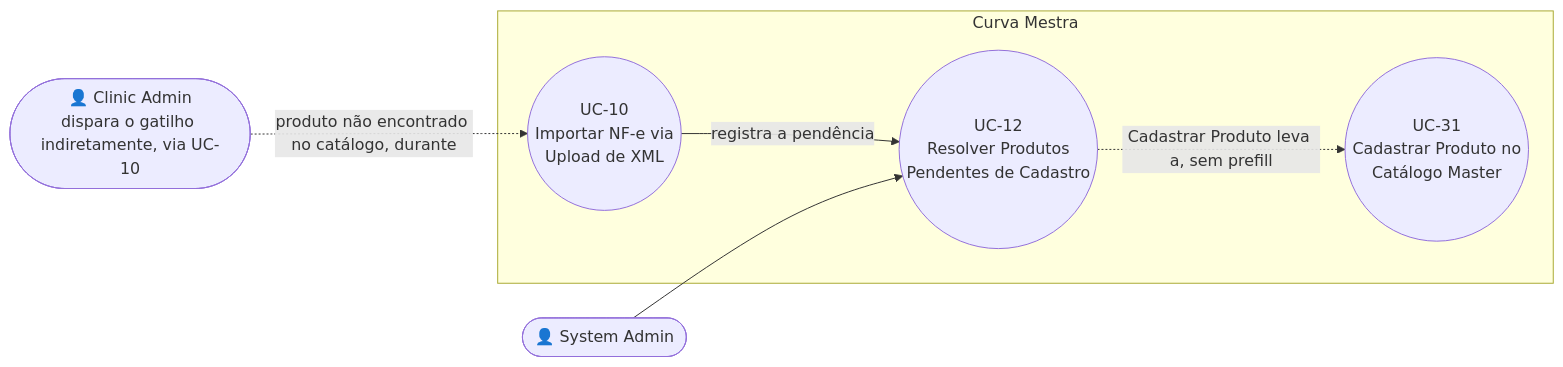
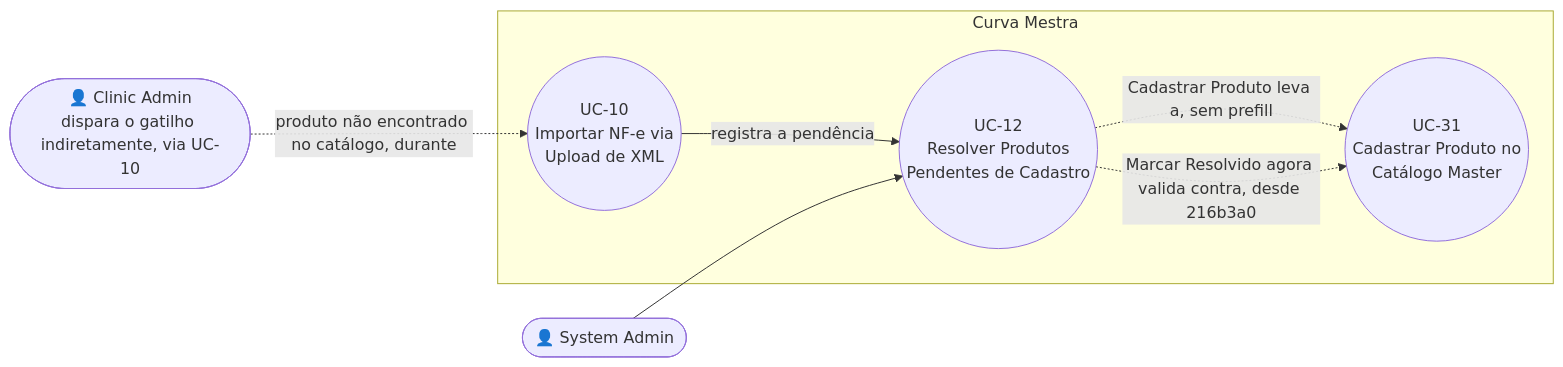
One commit to GScandelari/curva_mestra_system changed the diagram in ONLY_FOR_DEVS/PO_BA_Docs/UC-12-resolver-produtos-pendentes-de-cadastro.md. Above: the diagram before and after it, drawn with Mermaid. The commit also changed other lines of this file and 7 other files, not shown here.

````diff
--- a/ONLY_FOR_DEVS/PO_BA_Docs/UC-12-resolver-produtos-pendentes-de-cadastro.md
+++ b/ONLY_FOR_DEVS/PO_BA_Docs/UC-12-resolver-produtos-pendentes-de-cadastro.md
@@ -16,16 +16,17 @@
 ```mermaid
 flowchart LR
     SystemAdmin([👤 System Admin])
     ClinicAdmin([👤 Clinic Admin\ndispara o gatilho indiretamente, via UC-10])
 
     subgraph Sistema["Curva Mestra"]
         UC10(("UC-10\nImportar NF-e via\nUpload de XML"))
         UC12(("UC-12\nResolver Produtos\nPendentes de Cadastro"))
         UC31(("UC-31\nCadastrar Produto no\nCatálogo Master"))
     end
 
     ClinicAdmin -.->|produto não encontrado no catálogo, durante| UC10
     UC10 -->|registra a pendência| UC12
     SystemAdmin --> UC12
     UC12 -.->|"Cadastrar Produto" leva a, sem prefill| UC31
+    UC12 -.->|"Marcar Resolvido" agora valida contra, desde 216b3a0| UC31
 ```
````
